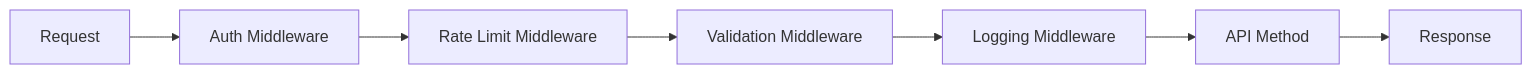
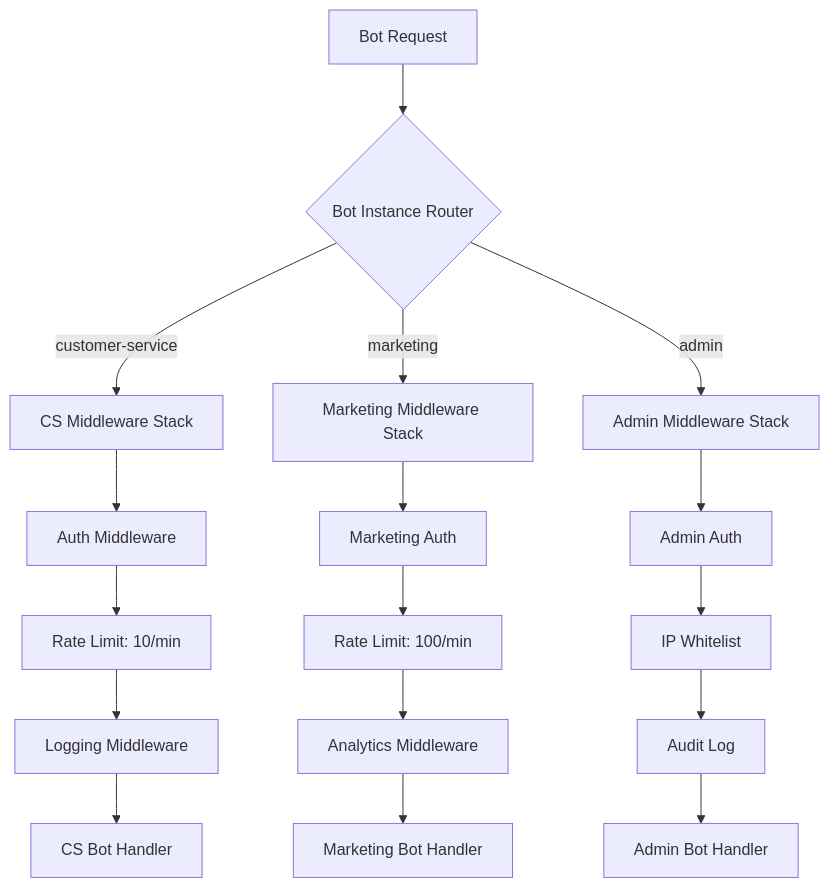
Diagram 12 of 15 in .qoder/quests/telegram-bot-sdk.md (xbot-my/telegram-sdk), drawn with Mermaid before and after one commit. The commit also changed other lines of this file and 1 other file, not shown here.

````diff
--- a/.qoder/quests/telegram-bot-sdk.md
+++ b/.qoder/quests/telegram-bot-sdk.md
@@ -357,9 +543,22 @@
 ```mermaid
-graph LR
-    A[Request] --> B[Auth Middleware]
-    B --> C[Rate Limit Middleware]
-    C --> D[Validation Middleware]
-    D --> E[Logging Middleware]
-    E --> F[API Method]
-    F --> G[Response]
+graph TB
+    A[Bot Request] --> B{Bot Instance Router}
+    B -->|customer-service| C[CS Middleware Stack]
+    B -->|marketing| D[Marketing Middleware Stack]
+    B -->|admin| E[Admin Middleware Stack]
+    
+    C --> C1[Auth Middleware]
+    C1 --> C2[Rate Limit: 10/min]
+    C2 --> C3[Logging Middleware]
+    C3 --> F1[CS Bot Handler]
+    
+    D --> D1[Marketing Auth]
+    D1 --> D2[Rate Limit: 100/min]
+    D2 --> D3[Analytics Middleware]
+    D3 --> F2[Marketing Bot Handler]
+    
+    E --> E1[Admin Auth]
+    E1 --> E2[IP Whitelist]
+    E2 --> E3[Audit Log]
+    E3 --> F3[Admin Bot Handler]
 ```
````
